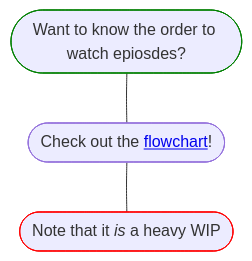
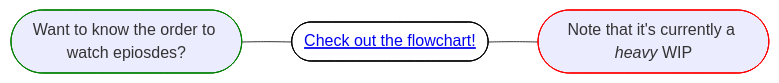
The diagram in README.md (LilyLavender/ssbu-mod-workshop), drawn with Mermaid before and after one commit. The commit also changed other lines of this file, not shown here.

Commit message:
Flowchart part 3

````diff
--- a/README.md
+++ b/README.md
@@ -6,10 +7,24 @@
 ```mermaid
-graph TD;
-    tt1([Want to know the order to watch epiosdes?]) --- tt2([Check out the <a href='https://github.com/LilyLavender/ssbu-mod-workshop/blob/main/Flowchart.md' style='text-decoration:underline;color:#0000EE'>flowchart</a>!]);
-    tt2 --- tt3([Note that it <em>is</em> a heavy WIP])
+graph LR;
+    %% Declarations
+    tt1([Want to know the order to watch epiosdes?])
+    tt2([Check out the flowchart!])
+    tt3([Note that it's currently a <em>heavy</em> WIP])
+
+    %% Connections
+    tt1 --- tt2 --- tt3
     
-    class tt1 highlightG;
-    classDef highlightG stroke: green;
-    class tt3 highlightR;
-    classDef highlightR stroke: red;
+    %% Classes
+    classDef highlightG stroke: green
+    classDef highlightR stroke: red
+    classDef link color: #00E, text-decoration: underline
+    classDef invert fill: white, stroke: black
+
+    class tt1 highlightG
+    class tt2 link
+    class tt2 invert
+    class tt3 highlightR
+
+    %% Links
+    click tt2 "https://github.com/LilyLavender/ssbu-mod-workshop/blob/main/Flowchart.md"
 ```
````
